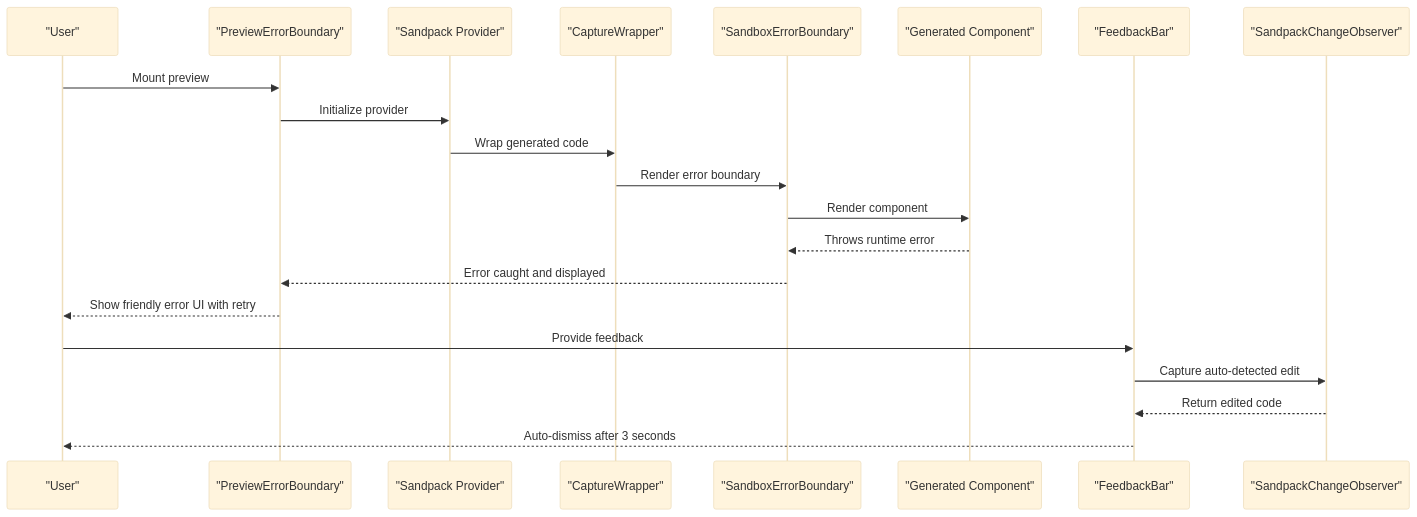
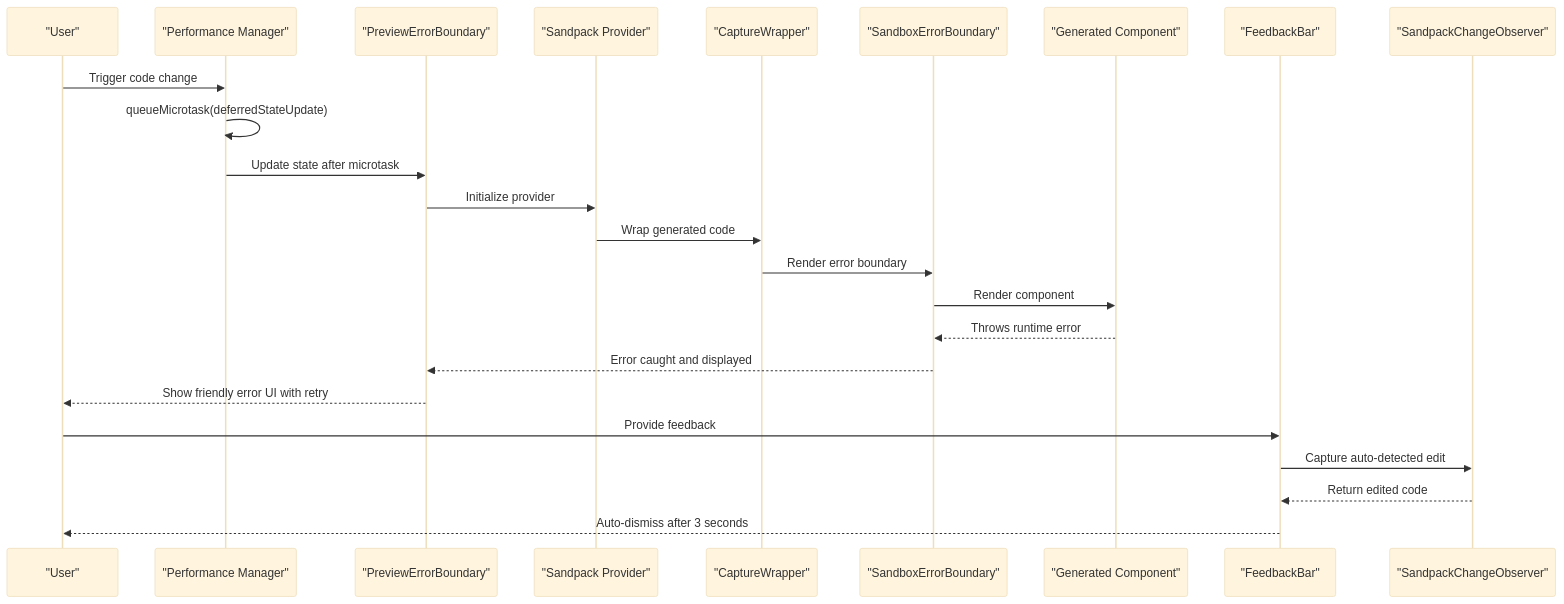
The second of 10 diagrams in .qoder/repowiki/en/content/Sandbox Error Boundary.md (shekhargiri005-dotcom/AI-powered-accessibility-first-UI-engine), drawn with Mermaid (base theme) before and after one commit. The commit also changed other lines of this file and 5 other files, not shown here.

````diff
--- a/.qoder/repowiki/en/content/Sandbox Error Boundary.md
+++ b/.qoder/repowiki/en/content/Sandbox Error Boundary.md
@@ -112,23 +120,26 @@
 ```mermaid
 sequenceDiagram
 participant User as "User"
+participant PM as "Performance Manager"
 participant Preview as "PreviewErrorBoundary"
 participant Sandpack as "Sandpack Provider"
 participant Wrapper as "CaptureWrapper"
 participant SandboxEB as "SandboxErrorBoundary"
 participant GenCode as "Generated Component"
 participant FeedbackBar as "FeedbackBar"
 participant SCOB as "SandpackChangeObserver"
-User->>Preview : Mount preview
+User->>PM : Trigger code change
+PM->>PM : queueMicrotask(deferredStateUpdate)
+PM->>Preview : Update state after microtask
 Preview->>Sandpack : Initialize provider
 Sandpack->>Wrapper : Wrap generated code
 Wrapper->>SandboxEB : Render error boundary
 SandboxEB->>GenCode : Render component
 GenCode-->>SandboxEB : Throws runtime error
 SandboxEB-->>Preview : Error caught and displayed
 Preview-->>User : Show friendly error UI with retry
 User->>FeedbackBar : Provide feedback
 FeedbackBar->>SCOB : Capture auto-detected edit
 SCOB-->>FeedbackBar : Return edited code
 FeedbackBar-->>User : Auto-dismiss after 3 seconds
 ```
````
